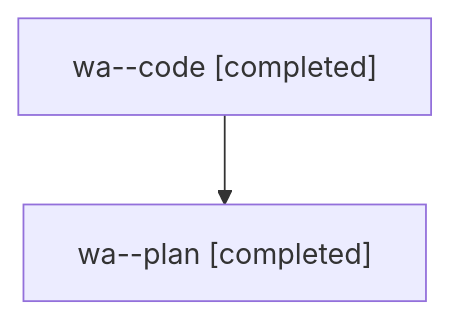
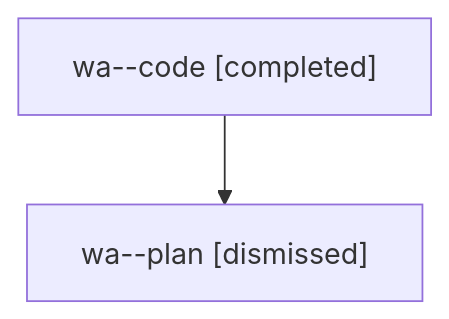
Before and after one commit to sase-org/sase--agents: the diagram in families/bbugyi200.athena.wa.md, drawn with Mermaid. The commit also changed other lines of this file and 1497 other files, not shown here.

````diff
--- a/families/bbugyi200.athena.wa.md
+++ b/families/bbugyi200.athena.wa.md
@@ -9,6 +9,6 @@
 ```mermaid
 flowchart TD
   n0["wa--code [completed]"]
-  n1["wa--plan [completed]"]
+  n1["wa--plan [dismissed]"]
   n0 --> n1
 ```
````
